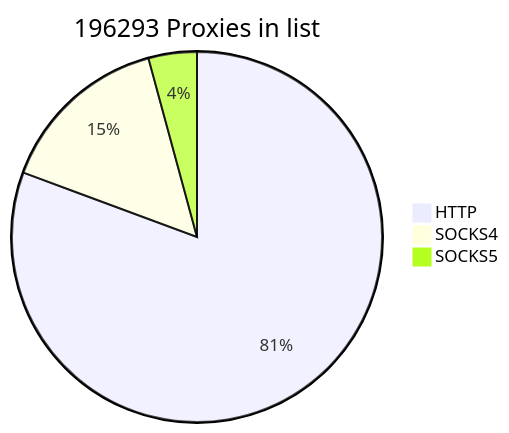
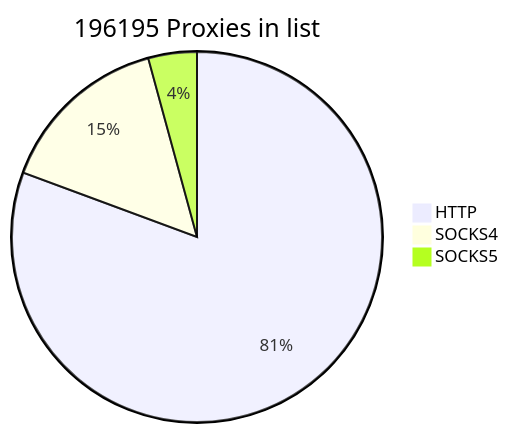
One commit to cutipu/proxylist changed the first of 2 diagrams in README.md. Above: the diagram before and after it, drawn with Mermaid. The commit also changed other lines of this file, not shown here.

````diff
--- a/README.md
+++ b/README.md
@@ -2,7 +2,7 @@
 ```mermaid
-pie title 196293 Proxies in list
-    "HTTP" : 158314
-    "SOCKS4" : 29692
-    "SOCKS5" : 8287
+pie title 196195 Proxies in list
+    "HTTP" : 158218
+    "SOCKS4" : 29659
+    "SOCKS5" : 8318
             
 ```
````
